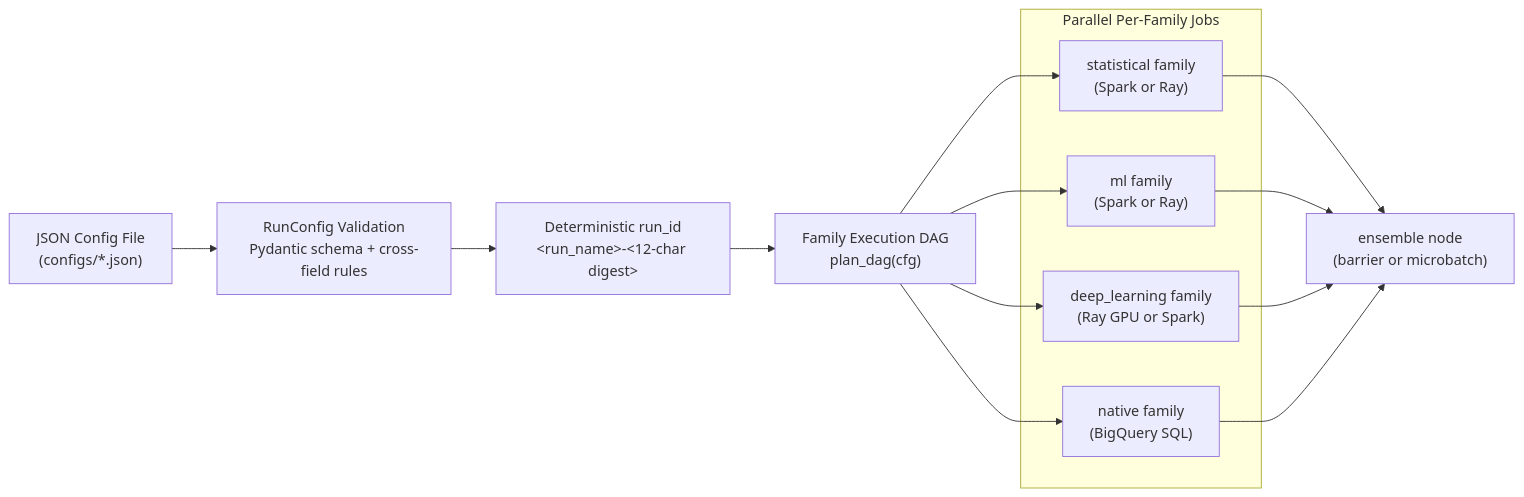
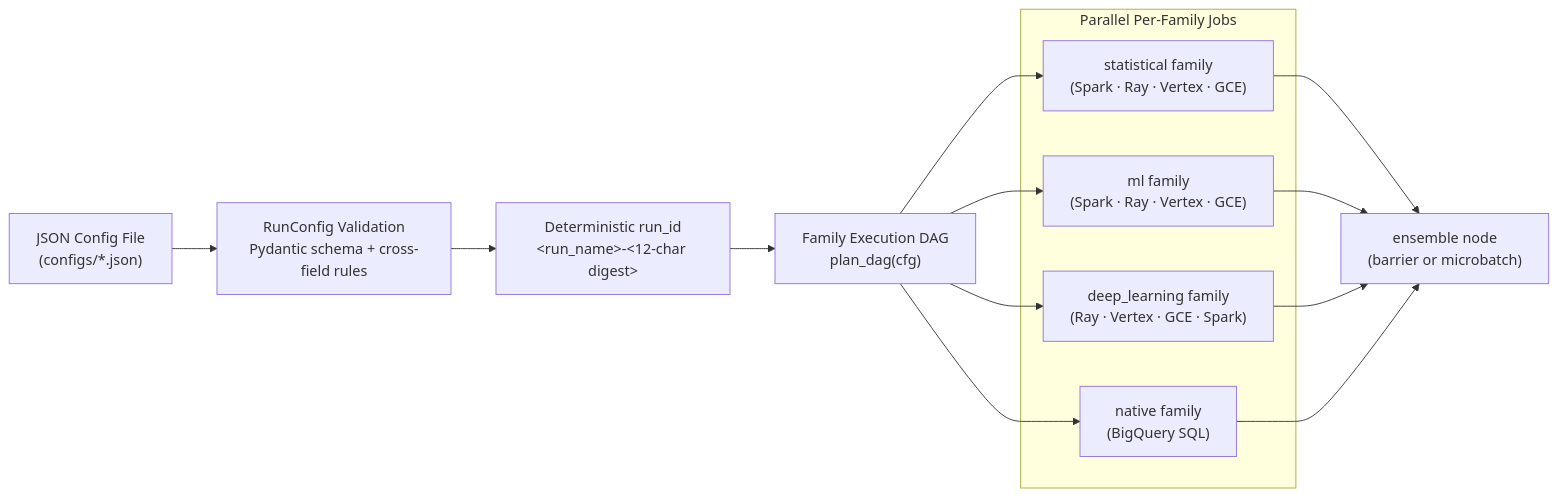
The diagram in configs/README.md (statmike/scale-forecasting), drawn with Mermaid before and after one commit. The commit also changed other lines of this file and 69 other files, not shown here.

First line of the commit message:
feat(compute): add vertex and gce runtimes, unified compute params, GPU-VM catalog, and AGENTS.md

````diff
--- a/configs/README.md
+++ b/configs/README.md
@@ -7,20 +7,20 @@
 ```mermaid
 flowchart LR
     json["JSON Config File<br/>(configs/*.json)"]
     cfg["RunConfig Validation<br/>Pydantic schema + cross-field rules"]
     id["Deterministic run_id<br/>&lt;run_name&gt;-&lt;12-char digest&gt;"]
     dag["Family Execution DAG<br/>plan_dag(cfg)"]
 
     subgraph jobs["Parallel Per-Family Jobs"]
-        stat["statistical family<br/>(Spark or Ray)"]
-        ml["ml family<br/>(Spark or Ray)"]
-        dl["deep_learning family<br/>(Ray GPU or Spark)"]
+        stat["statistical family<br/>(Spark · Ray · Vertex · GCE)"]
+        ml["ml family<br/>(Spark · Ray · Vertex · GCE)"]
+        dl["deep_learning family<br/>(Ray · Vertex · GCE · Spark)"]
         nat["native family<br/>(BigQuery SQL)"]
     end
 
     ens["ensemble node<br/>(barrier or microbatch)"]
 
     json --> cfg --> id --> dag
     dag --> stat & ml & dl & nat
     stat & ml & dl & nat --> ens
 ```
````
